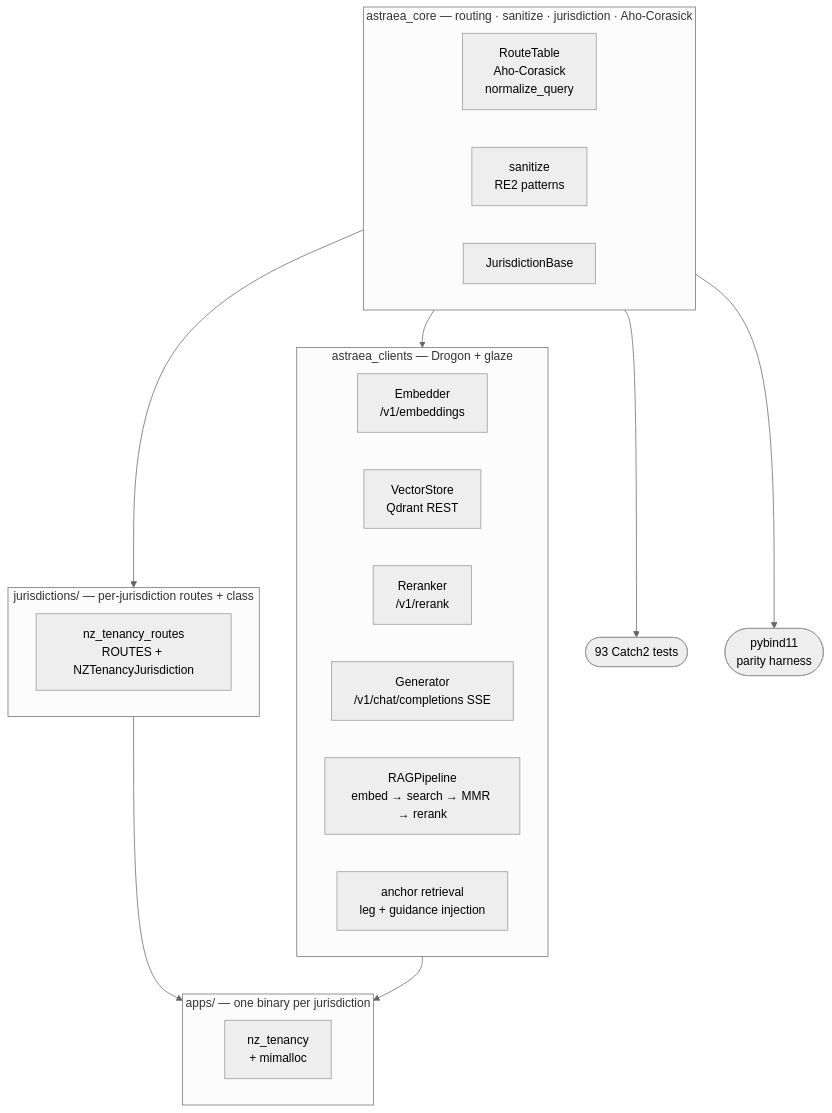
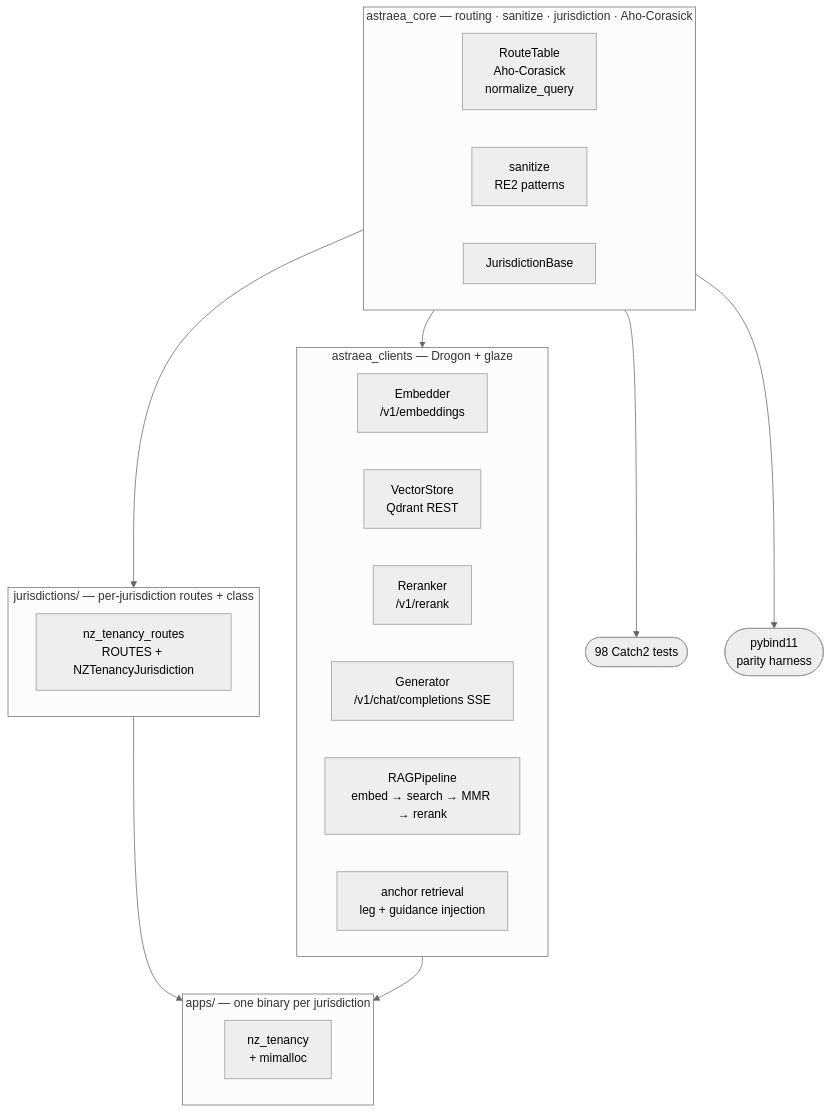
Before and after one commit to jwongso/astraea.cpp: the first of 2 diagrams in README.md, drawn with Mermaid (neutral theme). The commit also changed other lines of this file and 1 other file, not shown here.

````diff
--- a/README.md
+++ b/README.md
@@ -28,35 +28,35 @@
 ```mermaid
 graph TD
     subgraph CORE["astraea_core  —  routing · sanitize · jurisdiction · Aho-Corasick"]
         routing["RouteTable\nAho-Corasick\nnormalize_query"]
         sanitize["sanitize\nRE2 patterns"]
         juris["JurisdictionBase"]
     end
 
     subgraph JUR["jurisdictions/  —  per-jurisdiction routes + class"]
         nzr["nz_tenancy_routes\nROUTES + NZTenancyJurisdiction"]
     end
 
     subgraph CLIENTS["astraea_clients  —  Drogon + glaze"]
         embedder["Embedder\n/v1/embeddings"]
         store["VectorStore\nQdrant REST"]
         reranker["Reranker\n/v1/rerank"]
         generator["Generator\n/v1/chat/completions SSE"]
         pipeline["RAGPipeline\nembed → search → MMR → rerank"]
         anchor["anchor retrieval\nleg + guidance injection"]
     end
 
     subgraph APPS["apps/  —  one binary per jurisdiction"]
         nz["nz_tenancy\n+ mimalloc"]
     end
 
-    tests(["93 Catch2 tests"])
+    tests(["98 Catch2 tests"])
     parity(["pybind11\nparity harness"])
 
     CORE --> CLIENTS
     CORE --> JUR
     CORE --> tests
     CORE --> parity
     JUR --> APPS
     CLIENTS --> APPS
 ```
````
